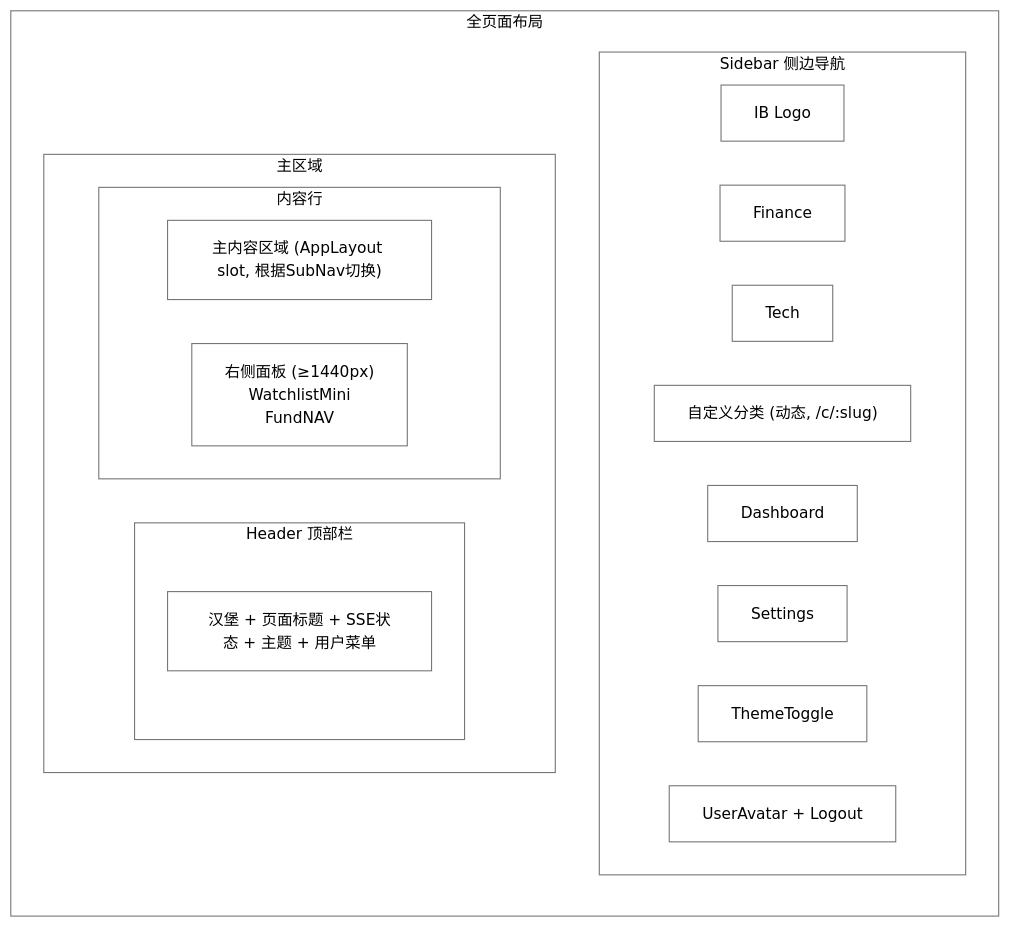
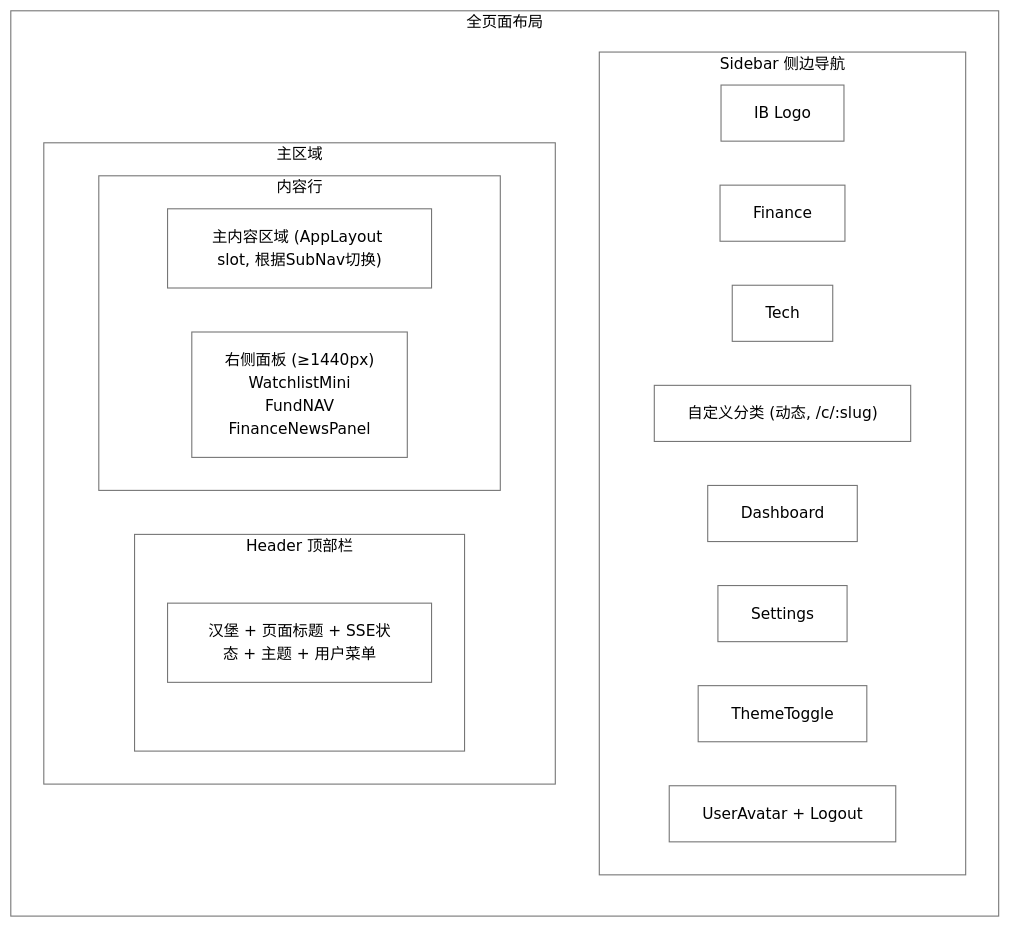
Before and after one commit to onceme/instantboard: the third of 3 diagrams in docs/dev-guide/design/frontend.md, drawn with Mermaid. The commit also changed other lines of this file and 4 other files, not shown here.

Commit message:
feat: add finance top news panel to right column

````diff
--- a/docs/dev-guide/design/frontend.md
+++ b/docs/dev-guide/design/frontend.md
@@ -177,26 +181,26 @@
 ```mermaid
 %%{init: {"theme": "base", "themeVariables": {"primaryColor": "#ffffff", "primaryTextColor": "#000000", "primaryBorderColor": "#767676", "lineColor": "#767676", "arrowheadColor": "#767676", "secondaryColor": "#ffffff", "secondaryTextColor": "#000000", "secondaryBorderColor": "#767676", "tertiaryColor": "#ffffff", "tertiaryTextColor": "#000000", "tertiaryBorderColor": "#767676", "edgeLabelBackground": "#ffffff", "textColor": "#000000", "nodeTextColor": "#000000", "mainBkg": "#ffffff", "nodeBorder": "#767676", "clusterBkg": "#ffffff", "clusterBdr": "#767676", "clusterTextColor": "#000000", "titleColor": "#000000", "fontSize": "14px"}, "flowchart": {"nodeSpacing": 40, "rankSpacing": 50, "wrappingWidth": 180, "useMaxWidth": true}}}%%
 graph LR
   subgraph fullpage["全页面布局"]
     subgraph sidebar["Sidebar 侧边导航"]
       Logo["IB Logo"]
       NavFin["Finance"]
       NavTech["Tech"]
       NavCustom["自定义分类 (动态, /c/:slug)"]
       NavDash["Dashboard"]
       NavSet["Settings"]
       ThemeBtn["ThemeToggle"]
       UserBtn["UserAvatar + Logout"]
     end
 
     subgraph mainarea["主区域"]
       subgraph header["Header 顶部栏"]
         HeaderContent["汉堡 + 页面标题 + SSE状态 + 主题 + 用户菜单"]
       end
       subgraph contentrow["内容行"]
         MainContent["主内容区域 (AppLayout slot, 根据SubNav切换)"]
-        RightPanel["右侧面板 (≥1440px)<br/>WatchlistMini<br/>FundNAV"]
+        RightPanel["右侧面板 (≥1440px)<br/>WatchlistMini<br/>FundNAV<br/>FinanceNewsPanel"]
       end
     end
   end
 ```
````
